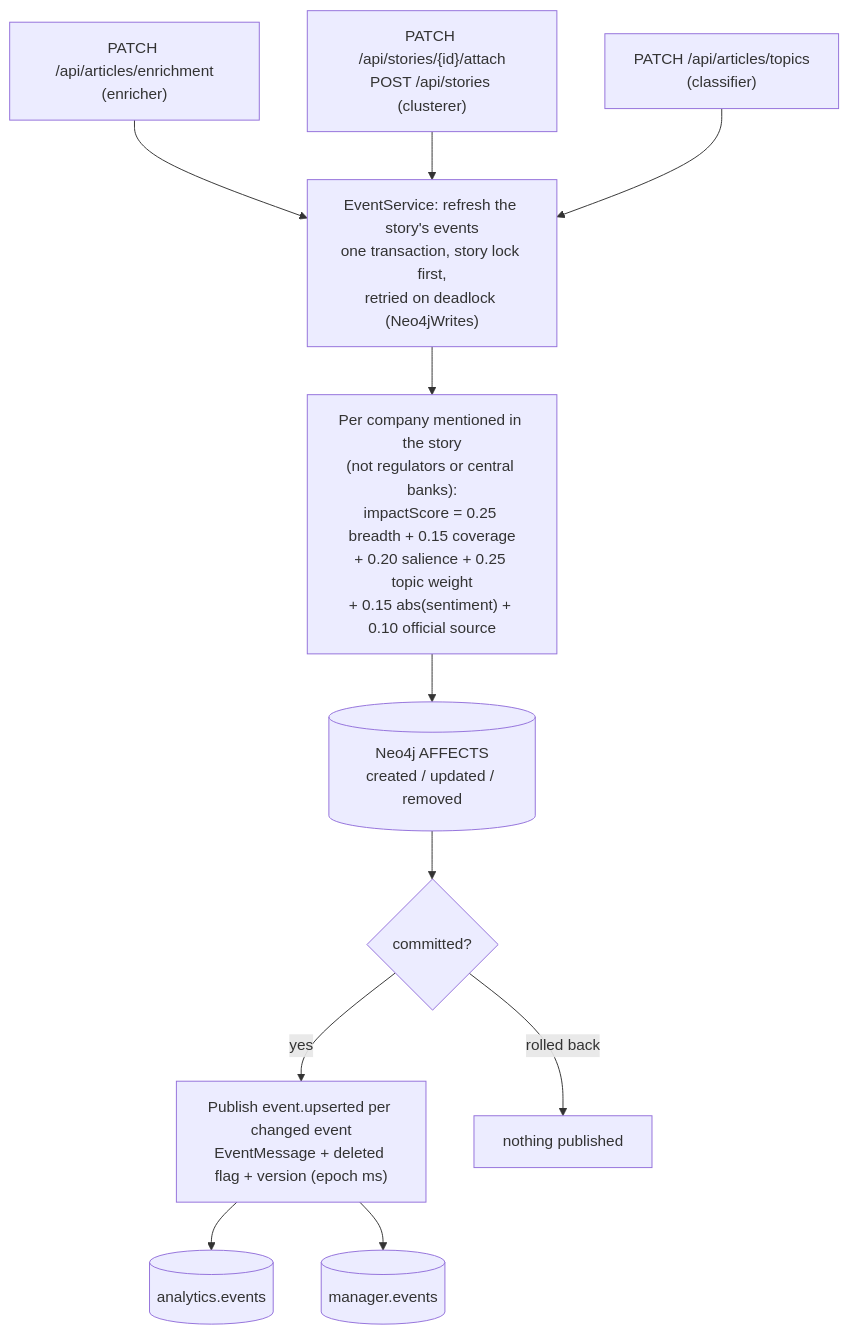
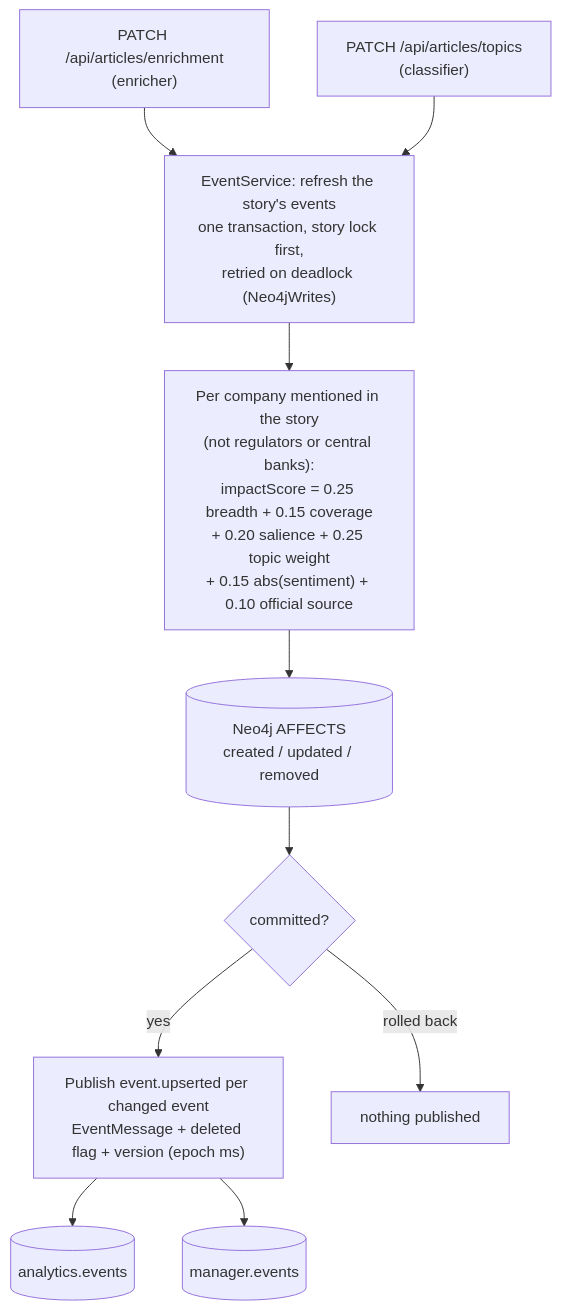
Before and after one commit to gabriel-2802/News-Media-Company-Tracker: the third of 7 diagrams in documentation/SYSTEM_FLOW.md, drawn with Mermaid. The commit also changed other lines of this file and 59 other files, not shown here.

````diff
--- a/documentation/SYSTEM_FLOW.md
+++ b/documentation/SYSTEM_FLOW.md
@@ -138,15 +116,14 @@
 ```mermaid
 flowchart TD
     enrich["PATCH /api/articles/enrichment<br/>(enricher)"] --> refresh
-    attach["PATCH /api/stories/{id}/attach<br/>POST /api/stories (clusterer)"] --> refresh
     topics["PATCH /api/articles/topics<br/>(classifier)"] --> refresh
 
     refresh["EventService: refresh the story's events<br/>one transaction, story lock first,<br/>retried on deadlock (Neo4jWrites)"]
     refresh --> calc["Per company mentioned in the story<br/>(not regulators or central banks):<br/>impactScore = 0.25 breadth + 0.15 coverage<br/>+ 0.20 salience + 0.25 topic weight<br/>+ 0.15 abs(sentiment) + 0.10 official source"]
     calc --> write[("Neo4j AFFECTS<br/>created / updated / removed")]
     write --> commit{committed?}
     commit -->|yes| pub["Publish event.upserted per changed event<br/>EventMessage + deleted flag + version (epoch ms)"]
     commit -->|rolled back| none[nothing published]
     pub --> aq[(analytics.events)]
     pub --> mq[(manager.events)]
 ```
````
